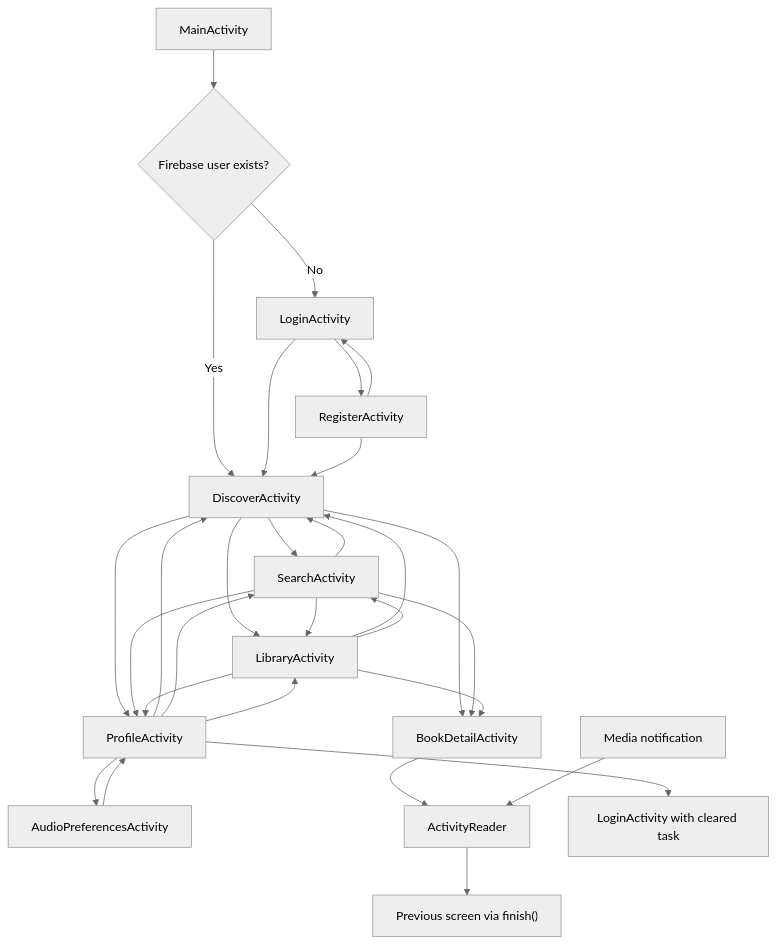
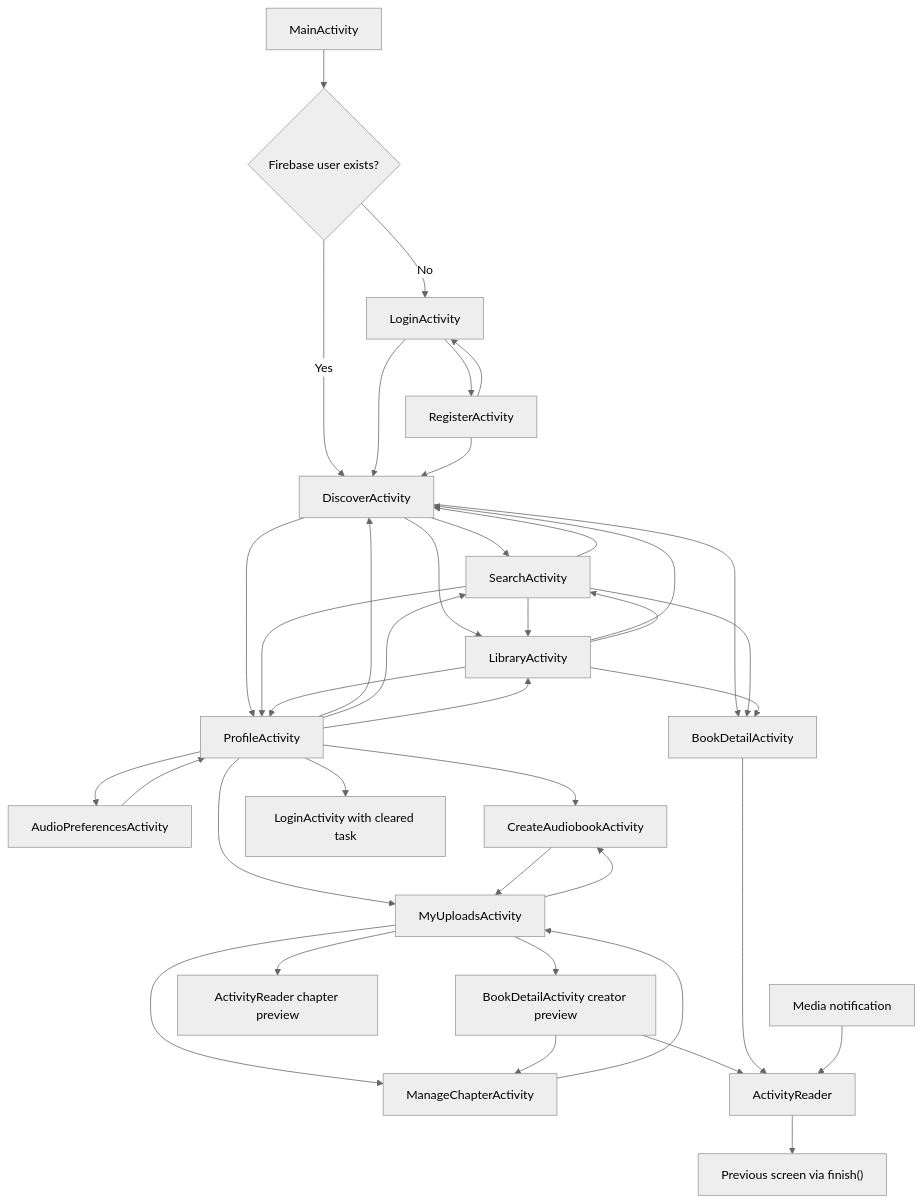
Diagram 12 of 12 in README.md (LeeVuKhang/Fonos_Group13), drawn with Mermaid (neutral theme) before and after one commit. The commit also changed other lines of this file, not shown here.

````diff
--- a/README.md
+++ b/README.md
@@ -1183,31 +1488,41 @@
 ```mermaid
 flowchart TD
     Launch["MainActivity"] --> AuthCheck{Firebase user exists?}
     AuthCheck -- No --> Login["LoginActivity"]
     AuthCheck -- Yes --> Discover["DiscoverActivity"]
     Login --> Register["RegisterActivity"]
     Register --> Login
     Login --> Discover
     Register --> Discover
     Discover --> Search["SearchActivity"]
     Discover --> Library["LibraryActivity"]
     Discover --> Profile["ProfileActivity"]
     Search --> Discover
     Search --> Library
     Search --> Profile
     Library --> Discover
     Library --> Search
     Library --> Profile
     Profile --> Discover
     Profile --> Search
     Profile --> Library
     Profile --> AudioPrefs["AudioPreferencesActivity"]
+    Profile --> CreateUpload["CreateAudiobookActivity"]
+    Profile --> MyUploads["MyUploadsActivity"]
     AudioPrefs --> Profile
+    CreateUpload --> MyUploads
+    MyUploads --> CreateUpload
+    MyUploads --> ManageChapter["ManageChapterActivity"]
+    ManageChapter --> MyUploads
+    MyUploads --> CreatorBookDetail["BookDetailActivity creator preview"]
+    CreatorBookDetail --> ManageChapter
+    CreatorBookDetail --> Reader
+    MyUploads --> ReaderPreview["ActivityReader chapter preview"]
     Discover --> BookDetail["BookDetailActivity"]
     Search --> BookDetail
     Library --> BookDetail
     BookDetail --> Reader["ActivityReader"]
     Notification["Media notification"] --> Reader
     Reader --> Previous["Previous screen via finish()"]
     Profile --> LoginAfterLogout["LoginActivity with cleared task"]
 ```
````
